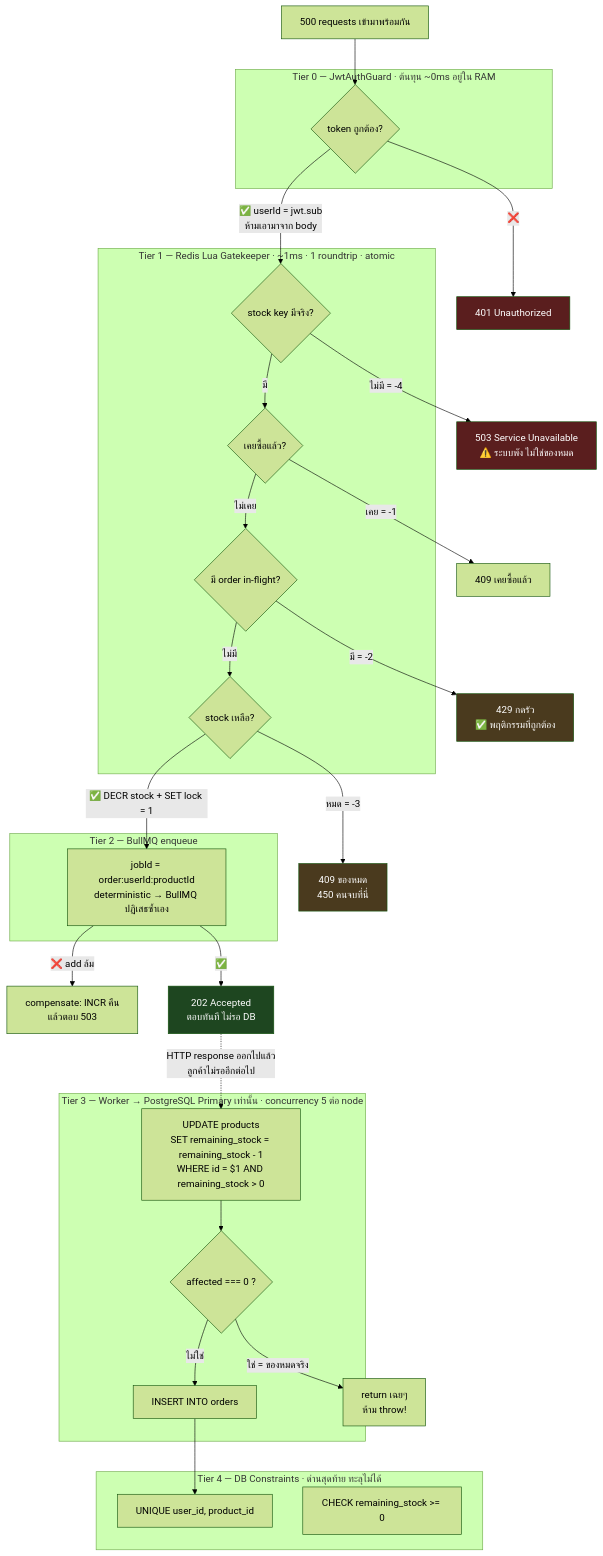
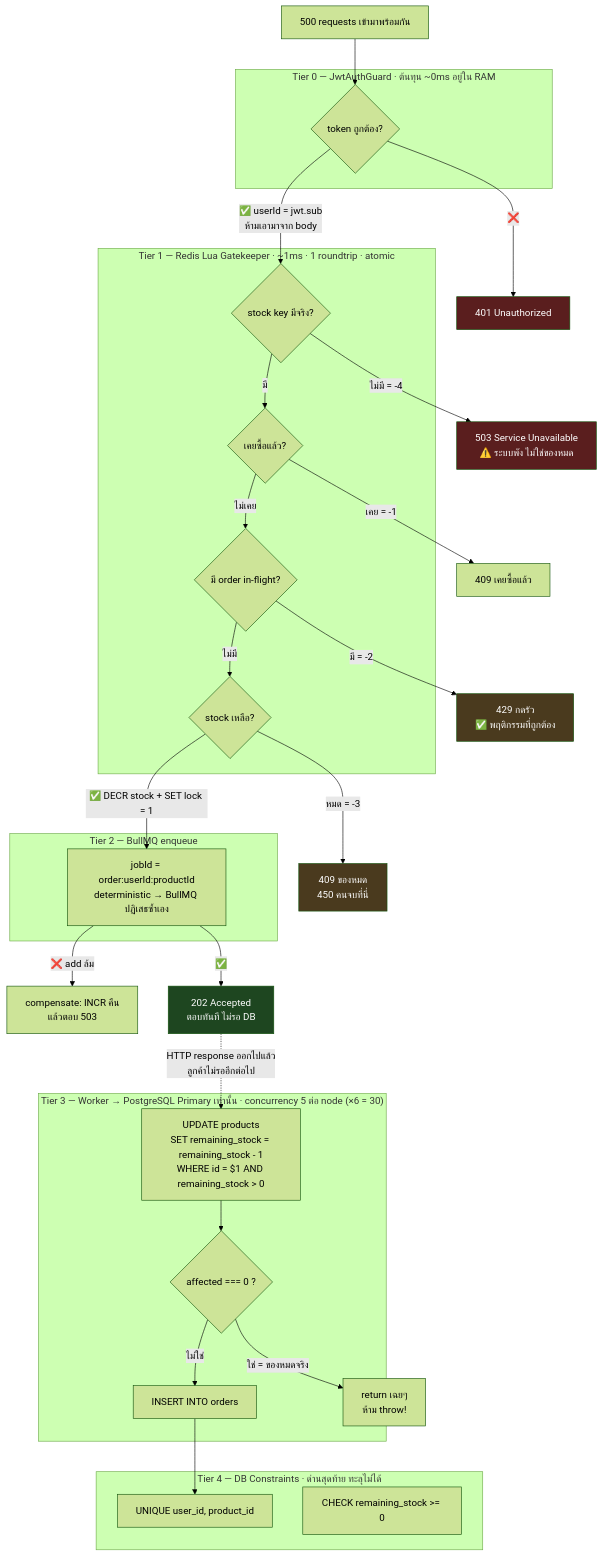
One commit to tophbeifong123/mini-project-backend-mobile changed the seventh of 10 diagrams in docs/Architecture/architecture-primer.md. Above: the diagram before and after it, drawn with Mermaid (forest theme). The commit also changed other lines of this file and 11 other files, not shown here.

````diff
--- a/docs/Architecture/architecture-primer.md
+++ b/docs/Architecture/architecture-primer.md
@@ -526,68 +529,68 @@
 ```mermaid
 flowchart TD
     START["500 requests เข้ามาพร้อมกัน"]
 
     R401["401 Unauthorized"]
     R503["503 Service Unavailable<br/>⚠️ ระบบพัง ไม่ใช่ของหมด"]
     R409A["409 เคยซื้อแล้ว"]
     R429["429 กดรัว<br/>✅ พฤติกรรมที่ถูกต้อง"]
     R409B["409 ของหมด<br/>450 คนจบที่นี่"]
     COMP["compensate: INCR คืน<br/>แล้วตอบ 503"]
     R202["202 Accepted<br/>ตอบทันที ไม่รอ DB"]
     WR["return เฉยๆ<br/>ห้าม throw!"]
 
     START --> T0A
 
     subgraph T0["Tier 0 — JwtAuthGuard · ต้นทุน ~0ms อยู่ใน RAM"]
         T0A{"token ถูกต้อง?"}
     end
 
     T0A -->|❌| R401
     T0A -->|"✅ userId = jwt.sub<br/>ห้ามเอามาจาก body"| L1
 
     subgraph T1["Tier 1 — Redis Lua Gatekeeper · ~1ms · 1 roundtrip · atomic"]
         L1{"stock key มีจริง?"}
         L2{"เคยซื้อแล้ว?"}
         L3{"มี order in-flight?"}
         L4{"stock เหลือ?"}
         L1 -->|มี| L2
         L2 -->|ไม่เคย| L3
         L3 -->|ไม่มี| L4
     end
 
     L1 -->|"ไม่มี = -4"| R503
     L2 -->|"เคย = -1"| R409A
     L3 -->|"มี = -2"| R429
     L4 -->|"หมด = -3"| R409B
     L4 -->|"✅ DECR stock + SET lock = 1"| Q1
 
     subgraph T2["Tier 2 — BullMQ enqueue"]
         Q1["jobId = order:userId:productId<br/>deterministic → BullMQ ปฏิเสธซ้ำเอง"]
     end
 
     Q1 -->|"❌ add ล้ม"| COMP
     Q1 -->|✅| R202
     R202 -.->|"HTTP response ออกไปแล้ว<br/>ลูกค้าไม่รออีกต่อไป"| W1
 
-    subgraph T3["Tier 3 — Worker → PostgreSQL Primary เท่านั้น · concurrency 5 ต่อ node"]
+    subgraph T3["Tier 3 — Worker → PostgreSQL Primary เท่านั้น · concurrency 5 ต่อ node (×6 = 30)"]
         W1["UPDATE products<br/>SET remaining_stock = remaining_stock - 1<br/>WHERE id = $1 AND remaining_stock &gt; 0"]
         W2{"affected === 0 ?"}
         W3["INSERT INTO orders"]
         W1 --> W2
         W2 -->|ไม่ใช่| W3
     end
 
     W2 -->|"ใช่ = ของหมดจริง"| WR
     W3 --> C1
 
     subgraph T4["Tier 4 — DB Constraints · ด่านสุดท้าย ทะลุไม่ได้"]
         C1["UNIQUE user_id, product_id"]
         C2["CHECK remaining_stock &gt;= 0"]
     end
 
     style R202 fill:#1e4620,color:#fff
     style R409B fill:#4a3a1e,color:#fff
     style R429 fill:#4a3a1e,color:#fff
     style R503 fill:#5a1e1e,color:#fff
     style R401 fill:#5a1e1e,color:#fff
 ```
````
